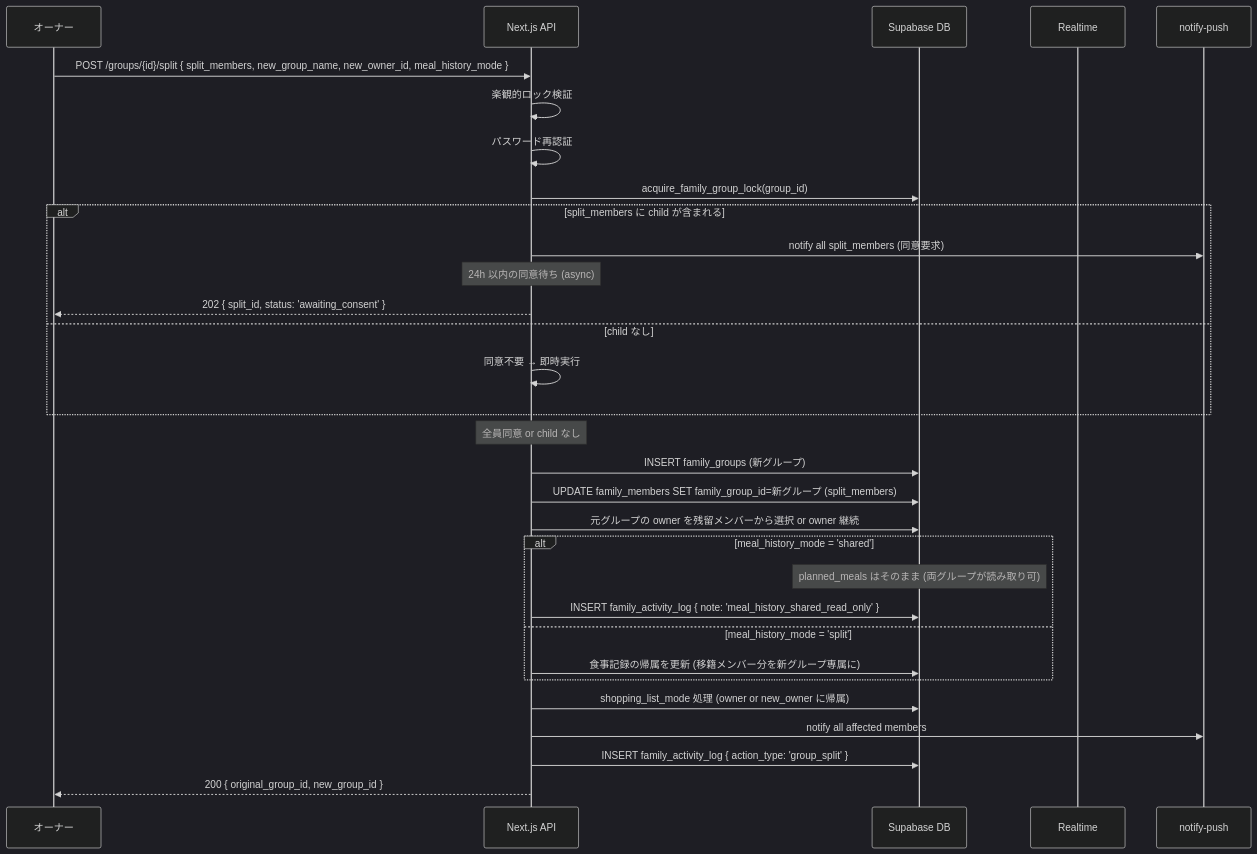
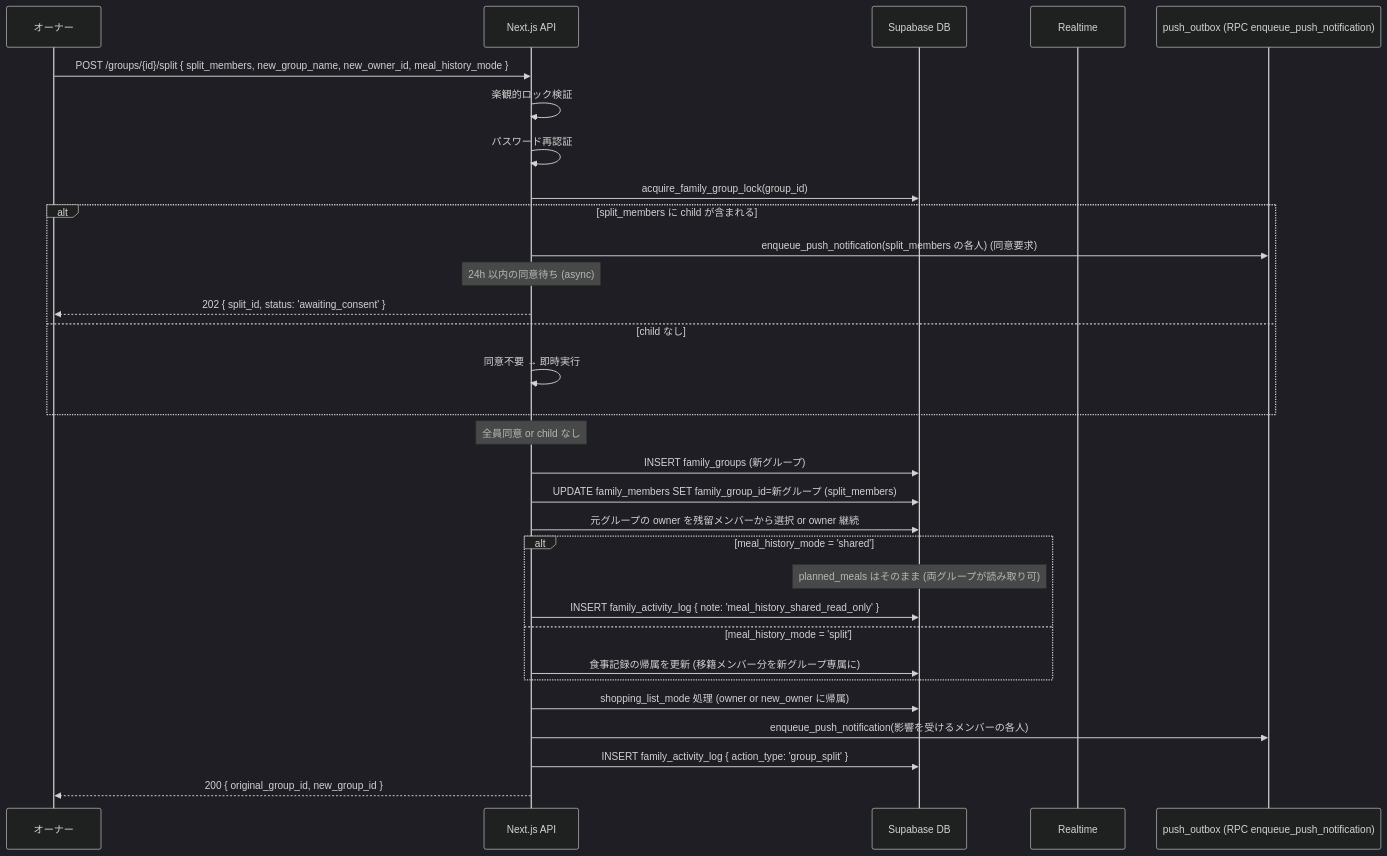
One commit to DaisukeHori/homegohan-app changed the third of 4 diagrams in docs/design/family/07-lifecycle.md. Above: the diagram before and after it, drawn with Mermaid (dark theme). The commit also changed other lines of this file and 10 other files, not shown here.

````diff
--- a/docs/design/family/07-lifecycle.md
+++ b/docs/design/family/07-lifecycle.md
@@ -236,39 +236,39 @@
 ```mermaid
 sequenceDiagram
   participant Owner as オーナー
   participant API as Next.js API
   participant DB as Supabase DB
   participant RT as Realtime
-  participant Push as notify-push
+  participant Push as push_outbox (RPC enqueue_push_notification)
 
   Owner->>API: POST /groups/{id}/split { split_members, new_group_name, new_owner_id, meal_history_mode }
 
   API->>API: 楽観的ロック検証
   API->>API: パスワード再認証
   API->>DB: acquire_family_group_lock(group_id)
 
   alt split_members に child が含まれる
-    API->>Push: notify all split_members (同意要求)
+    API->>Push: enqueue_push_notification(split_members の各人) (同意要求)
     Note over API: 24h 以内の同意待ち (async)
     API-->>Owner: 202 { split_id, status: 'awaiting_consent' }
   else child なし
     API->>API: 同意不要 → 即時実行
   end
 
   Note over API: 全員同意 or child なし
   API->>DB: INSERT family_groups (新グループ)
   API->>DB: UPDATE family_members SET family_group_id=新グループ (split_members)
   API->>DB: 元グループの owner を残留メンバーから選択 or owner 継続
 
   alt meal_history_mode = 'shared'
     Note over DB: planned_meals はそのまま (両グループが読み取り可)
     API->>DB: INSERT family_activity_log { note: 'meal_history_shared_read_only' }
   else meal_history_mode = 'split'
     API->>DB: 食事記録の帰属を更新 (移籍メンバー分を新グループ専属に)
   end
 
   API->>DB: shopping_list_mode 処理 (owner or new_owner に帰属)
-  API->>Push: notify all affected members
+  API->>Push: enqueue_push_notification(影響を受けるメンバーの各人)
   API->>DB: INSERT family_activity_log { action_type: 'group_split' }
   API-->>Owner: 200 { original_group_id, new_group_id }
 ```
````
